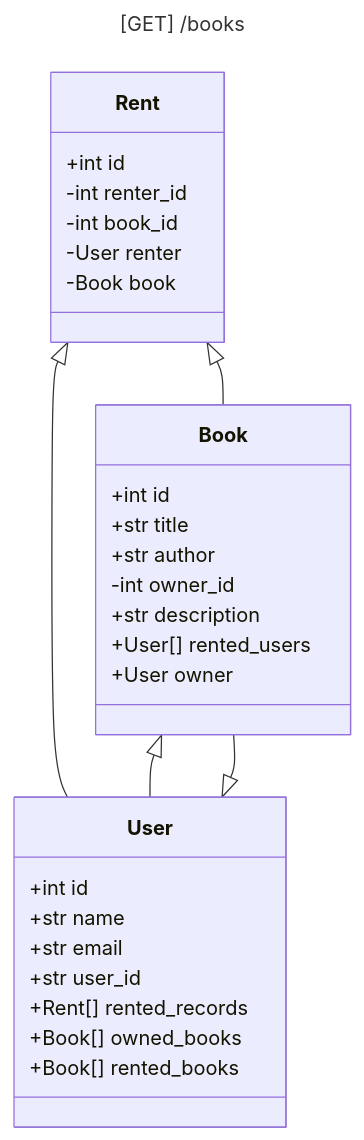
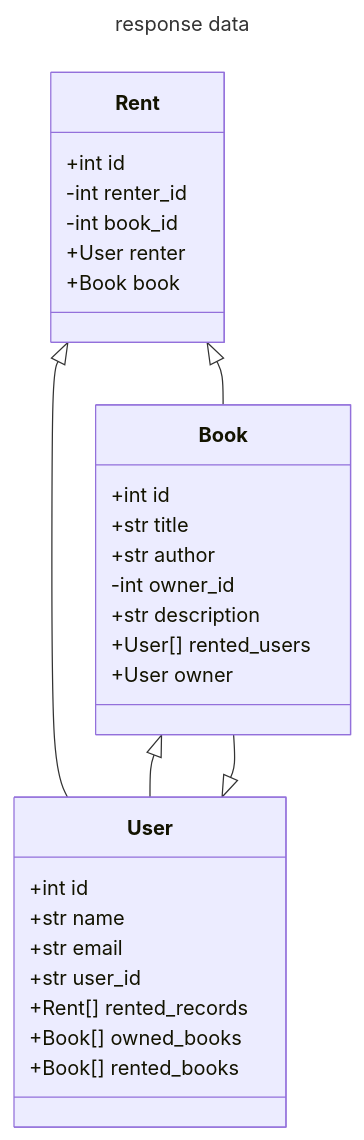
Before and after one commit to wootra/book-share: the third of 5 diagrams in README.md, drawn with Mermaid. The commit also changed other lines of this file, not shown here.

````diff
--- a/README.md
+++ b/README.md
@@ -73,38 +73,39 @@
 ```mermaid
 ---
-title: "[GET] /books"
+title: "response data"
 ---
 classDiagram
 class Book {
     +int id
     +str title
     +str author
     -int owner_id
     +str description
     +User[] rented_users
     +User owner
 }
 
 class User {
     +int id
     +str name
     +str email
     +str user_id
     +Rent[] rented_records
     +Book[] owned_books
     +Book[] rented_books
 }
 
 class Rent {
     +int id
     -int renter_id
     -int book_id
-    -User renter
-    -Book book
+    +User renter
+    +Book book
 }
 
 Book <|-- User
 User <|-- Book
 Rent <|-- User
 Rent <|-- Book
+
 ```
````
